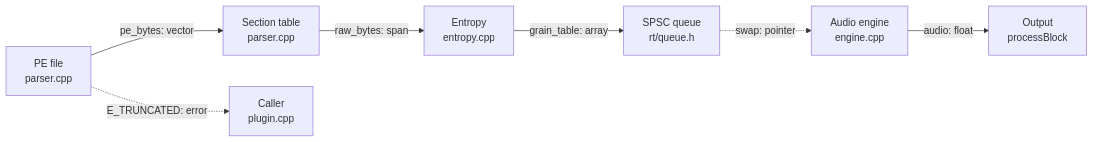
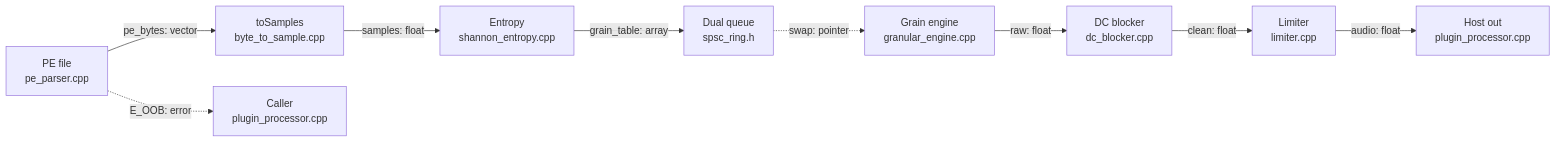
One commit to 9matesu/Catlas changed the diagram in examples/opcoda-pe-pipeline/diagrams/dataflow-l0.mmd. Above: the diagram before and after it, drawn with Mermaid. The commit also changed 13 other files, not shown here.

Commit message:
Catlas: Opcoda example case with rendered diagram images in READMEs

```diff
--- a/examples/opcoda-pe-pipeline/diagrams/dataflow-l0.mmd
+++ b/examples/opcoda-pe-pipeline/diagrams/dataflow-l0.mmd
@@ -1,8 +1,10 @@
 flowchart LR
   direction LR
-  F[PE file<br/>parser.cpp] -->|pe_bytes: vector| T[Section table<br/>parser.cpp]
-  T -->|raw_bytes: span| H[Entropy<br/>entropy.cpp]
-  H -->|grain_table: array| Q[SPSC queue<br/>rt/queue.h]
-  Q -.->|swap: pointer| A[Audio engine<br/>engine.cpp]
-  A -->|audio: float| O[Output<br/>processBlock]
-  F -.->|E_TRUNCATED: error| U[Caller<br/>plugin.cpp]
+  F[PE file<br/>pe_parser.cpp] -->|pe_bytes: vector| T[toSamples<br/>byte_to_sample.cpp]
+  T -->|samples: float| H[Entropy<br/>shannon_entropy.cpp]
+  H -->|grain_table: array| Q[Dual queue<br/>spsc_ring.h]
+  Q -.->|swap: pointer| A[Grain engine<br/>granular_engine.cpp]
+  A -->|raw: float| B[DC blocker<br/>dc_blocker.cpp]
+  B -->|clean: float| L[Limiter<br/>limiter.cpp]
+  L -->|audio: float| O[Host out<br/>plugin_processor.cpp]
+  F -.->|E_OOB: error| U[Caller<br/>plugin_processor.cpp]
```
